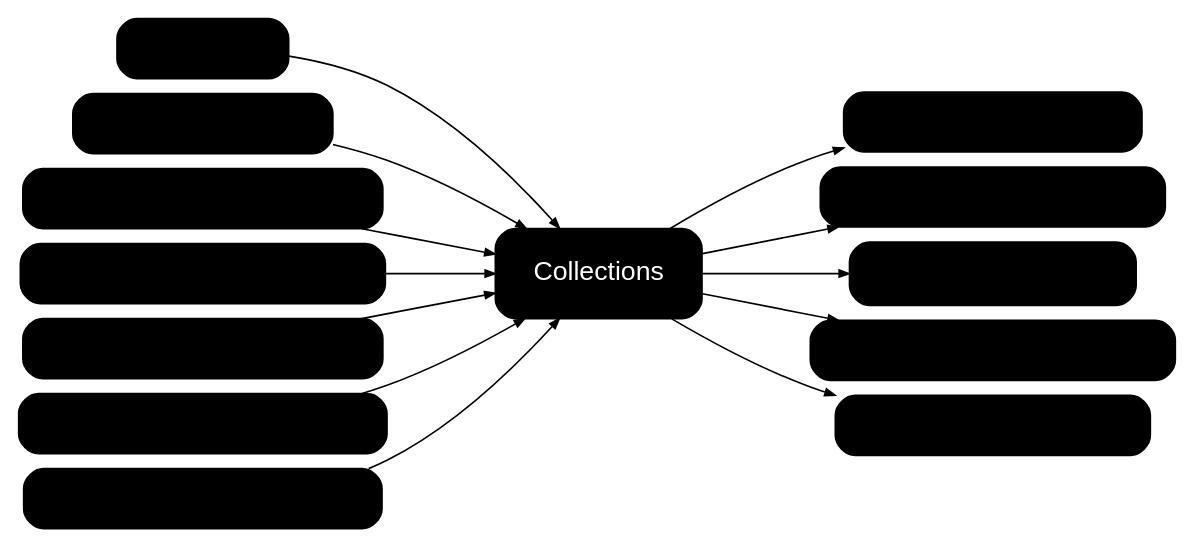
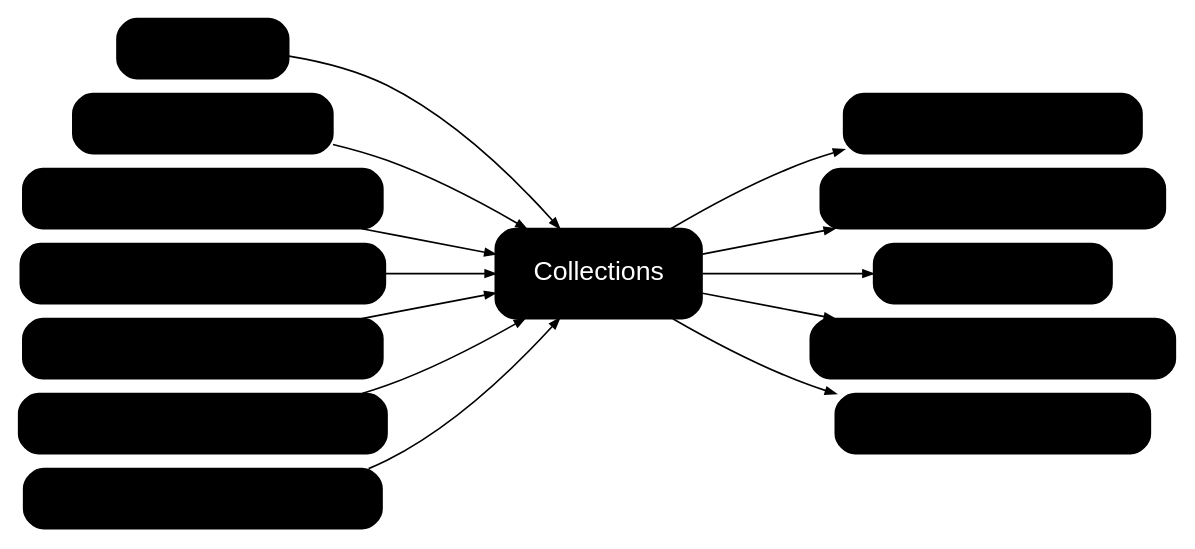
One commit to IortaTexhNXT-DEV/FinVerse changed the diagram in docs/deliverables/src/BRD-04_Collections/figures/brd04_contract_map.dot. Above: the diagram before and after it, drawn with Graphviz. The commit also changed 21 other files, not shown here.

Commit message:
BRD-04 Collections sources re-based on the Collections WS Addendum (minutes of 27-Apr-2026): billing statements by Operations, check pick-up removed, user-story view and storyboard index

```diff
--- a/docs/deliverables/src/BRD-04_Collections/figures/brd04_contract_map.dot
+++ b/docs/deliverables/src/BRD-04_Collections/figures/brd04_contract_map.dot
@@ -1,30 +1,30 @@
 digraph contract {
   graph [rankdir=LR, fontname="Arial", nodesep=0.12, ranksep=0.9, bgcolor="white"];
   node [shape=box, style="rounded,filled", fillcolor="@BG_BLUE", color="@FIELD_BLUE", fontname="Arial", fontsize=9, fontcolor="@NEAR_BLACK", margin="0.1,0.05"];
   edge [color="@CTA_BLUE", arrowsize=0.6];
   core [label="Collections", fillcolor="@HEADER_BLUE", fontcolor="white", fontsize=16, color="@HEADER_BLUE", margin="0.3,0.25"];
   in0 [label="BRD-1 New Business\n- The account"];
   in0 -> core;
   in1 [label="BRD-11 User Access Maintenance\n- Users"];
   in1 -> core;
   in2 [label="BRD-13 Data Migration\n- Legacy invoices open at cut-over and the collect"];
   in2 -> core;
   in3 [label="BRD-2 Operations (Cashiering)\n- The unapplied payments of Cashiering with their "];
   in3 -> core;
   in4 [label="BRD-2 Operations (Commission Receivables)\n- A direct payment account returned by the insurer"];
   in4 -> core;
   in5 [label="BRD-2 Operations (invoice ledger)\n- Every booked invoice with its premium receivable"];
   in5 -> core;
   in6 [label="BRD-3 Product Maintenance (sales organisation)\n- Market segments"];
   in6 -> core;
   out0 [label="BDOI file server (FS04)\n- The daily For Application To Invoice file"];
   core -> out0;
   out1 [label="BRD-2 Operations (Adjustment)\n- The cancellation of an account the client will n"];
   core -> out1;
-  out2 [label="BRD-2 Operations (Cashiering)\n- A check pick-up request (pick-up date\n- A BIR 2307 tag (path"];
+  out2 [label="BRD-2 Operations (Cashiering)\n- A BIR 2307 tag (path"];
   core -> out2;
   out3 [label="BRD-2 Operations (Commission Receivables)\n- A direct payment account from the disposition DP"];
   core -> out3;
   out4 [label="Client (e-mail)\n- The statement of account of a billing cycle"];
   core -> out4;
 }
```
